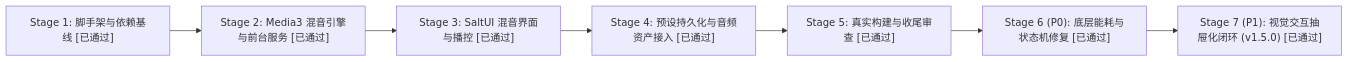
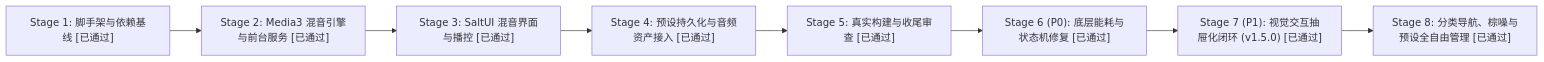
One commit to Kulahala/SaltAmbience changed the diagram in AGENTS.md. Above: the diagram before and after it, drawn with Mermaid. The commit also changed other lines of this file and 14 other files, not shown here.

````diff
--- a/AGENTS.md
+++ b/AGENTS.md
@@ -135,9 +136,10 @@
 ```mermaid
 flowchart LR
     S1["Stage 1: 脚手架与依赖基线 [已通过]"] --> S2["Stage 2: Media3 混音引擎与前台服务 [已通过]"]
     S2 --> S3["Stage 3: SaltUI 混音界面与播控 [已通过]"]
     S3 --> S4["Stage 4: 预设持久化与音频资产接入 [已通过]"]
     S4 --> S5["Stage 5: 真实构建与收尾审查 [已通过]"]
     S5 --> S6["Stage 6 (P0): 底层能耗与状态机修复 [已通过]"]
     S6 --> S7["Stage 7 (P1): 视觉交互抽屉化闭环 (v1.5.0) [已通过]"]
+    S7 --> S8["Stage 8: 分类导航、棕噪与预设全自由管理 [已通过]"]
 ```
````
